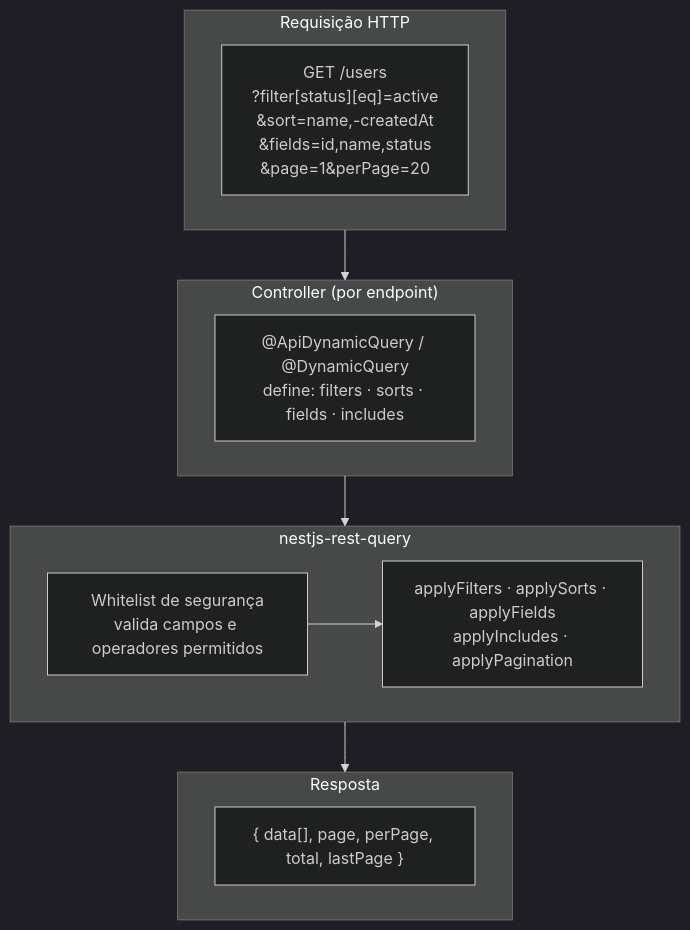
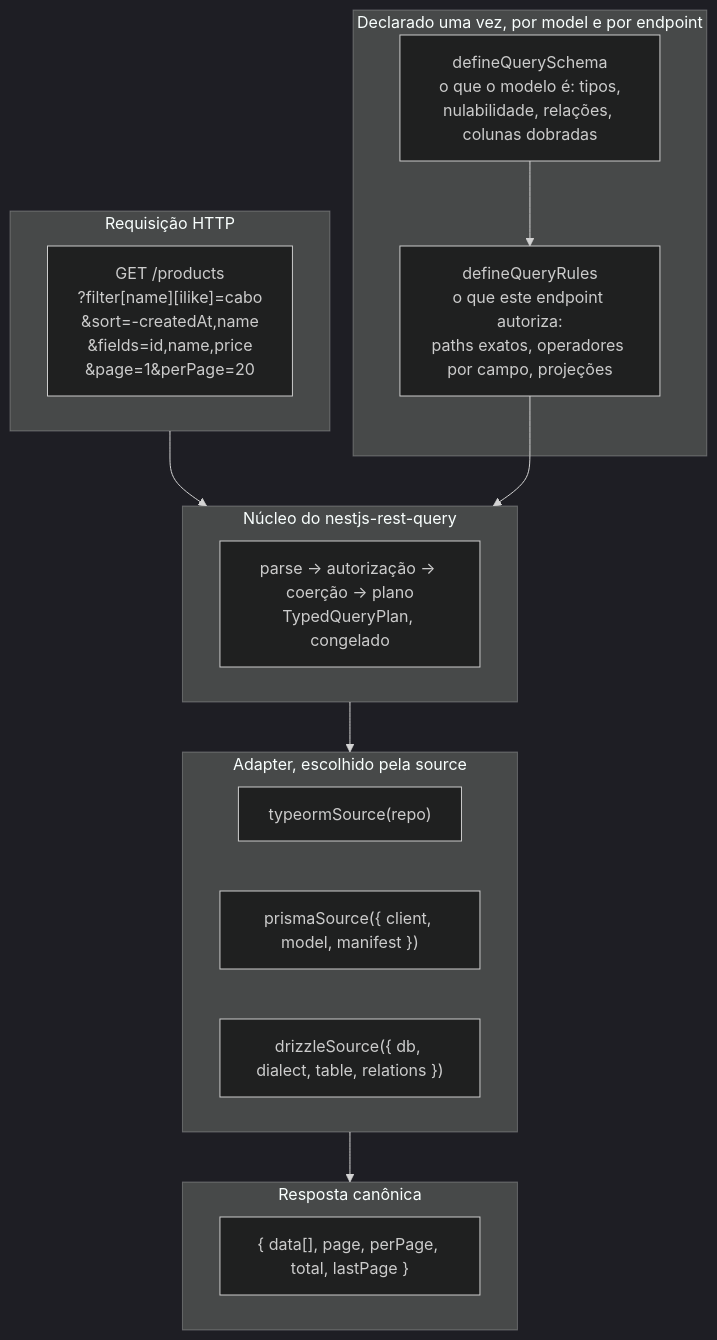
Before and after one commit to naldomadeira/nestjs-rest-query: the diagram in apps/docs/content/pt-BR/index.mdx, drawn with Mermaid (dark theme). The commit also changed other lines of this file and 25 other files, not shown here.

````diff
--- a/apps/docs/content/pt-BR/index.mdx
+++ b/apps/docs/content/pt-BR/index.mdx
@@ -20,24 +28,31 @@
 ```mermaid
 flowchart TD
   subgraph IN["Requisição HTTP"]
-    Q["GET /users\n?filter[status][eq]=active\n&sort=name,-createdAt\n&fields=id,name,status\n&page=1&perPage=20"]
+    Q["GET /products<br/>?filter[name][ilike]=cabo<br/>&sort=-createdAt,name<br/>&fields=id,name,price<br/>&page=1&perPage=20"]
   end
 
-  subgraph CTRL["Controller (por endpoint)"]
-    D["@ApiDynamicQuery / @DynamicQuery\ndefine: filters · sorts · fields · includes"]
+  subgraph DECL["Declarado uma vez, por model e por endpoint"]
+    S["defineQuerySchema<br/>o que o modelo é: tipos,<br/>nulabilidade, relações, colunas dobradas"]
+    R["defineQueryRules<br/>o que este endpoint autoriza:<br/>paths exatos, operadores por campo, projeções"]
+    S --> R
   end
 
-  subgraph LIB["nestjs-rest-query"]
-    W["Whitelist de segurança\nvalida campos e operadores permitidos"]
-    H["applyFilters · applySorts · applyFields\napplyIncludes · applyPagination"]
-    W --> H
+  subgraph CORE["Núcleo do nestjs-rest-query"]
+    P["parse → autorização → coerção → plano<br/>TypedQueryPlan, congelado"]
   end
 
-  subgraph OUT["Resposta"]
-    R["{ data[], page, perPage, total, lastPage }"]
+  subgraph AD["Adapter, escolhido pela source"]
+    T["typeormSource(repo)"]
+    PR["prismaSource({ client, model, manifest })"]
+    DR["drizzleSource({ db, dialect, table, relations })"]
   end
 
-  IN --> CTRL
-  CTRL --> LIB
-  LIB --> OUT
+  subgraph OUT["Resposta canônica"]
+    O["{ data[], page, perPage, total, lastPage }"]
+  end
+
+  IN --> CORE
+  R --> CORE
+  CORE --> AD
+  AD --> OUT
 ```
````
